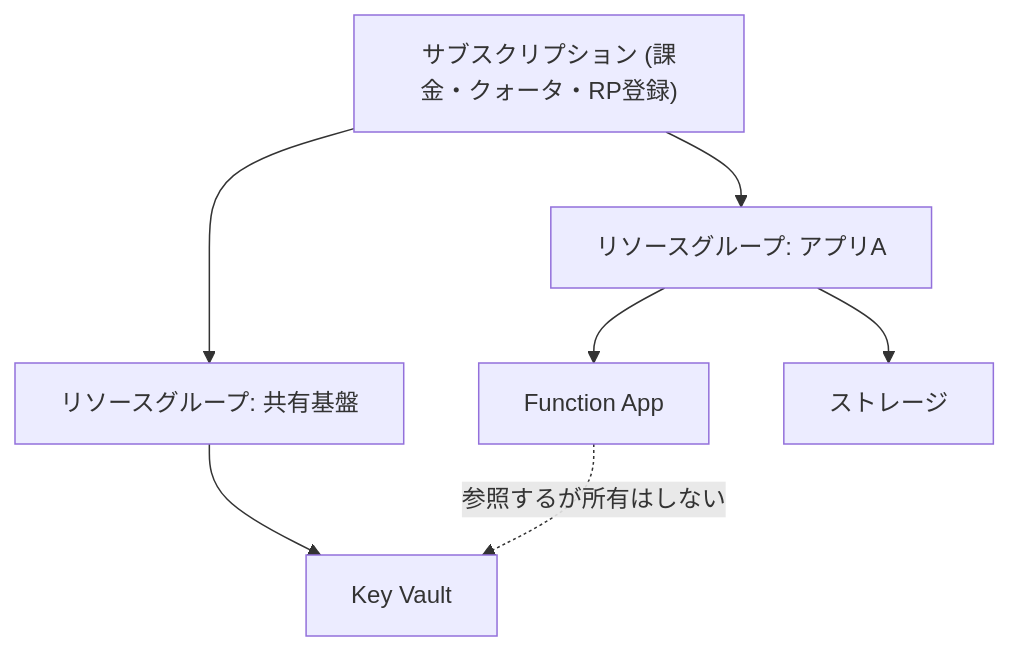
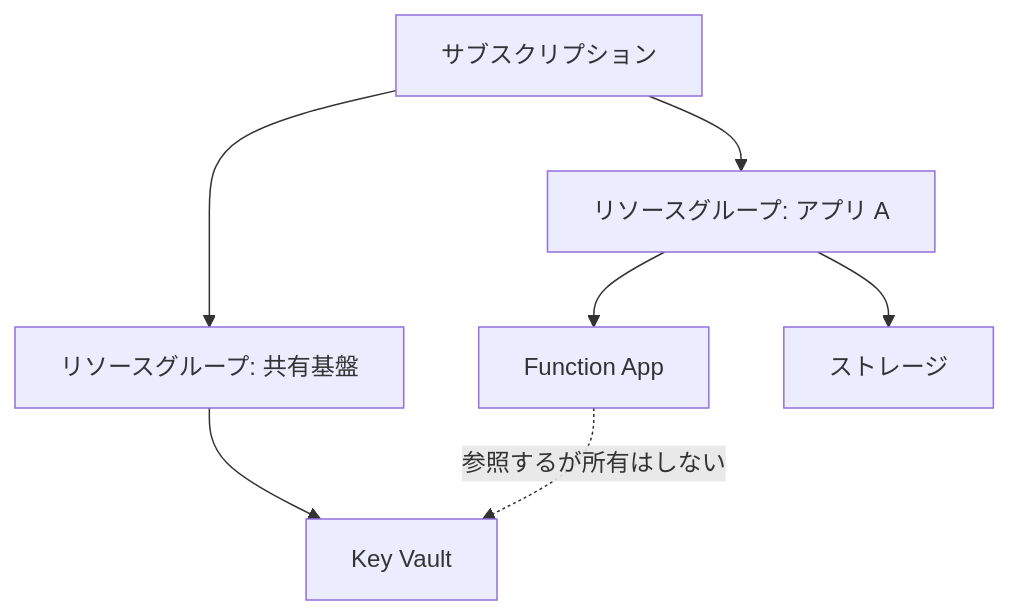
One commit to engineers-hub-ltd-in-house-project/azure-practice changed the diagram in manuscript/part1/03-resource-groups.md. Above: the diagram before and after it, drawn with Mermaid. The commit also changed other lines of this file and 32 other files, not shown here.

````diff
--- a/manuscript/part1/03-resource-groups.md
+++ b/manuscript/part1/03-resource-groups.md
@@ -40,10 +40,10 @@
 ```mermaid
 flowchart TB
-  S["サブスクリプション (課金・クォータ・RP登録)"]
-  S --> RG1["リソースグループ: アプリA"]
+  S["サブスクリプション"]
+  S --> RG1["リソースグループ: アプリ A"]
   S --> RG2["リソースグループ: 共有基盤"]
   RG1 --> A1["Function App"]
   RG1 --> A2["ストレージ"]
   RG2 --> B1["Key Vault"]
   A1 -.->|"参照するが所有はしない"| B1
 ```
````
